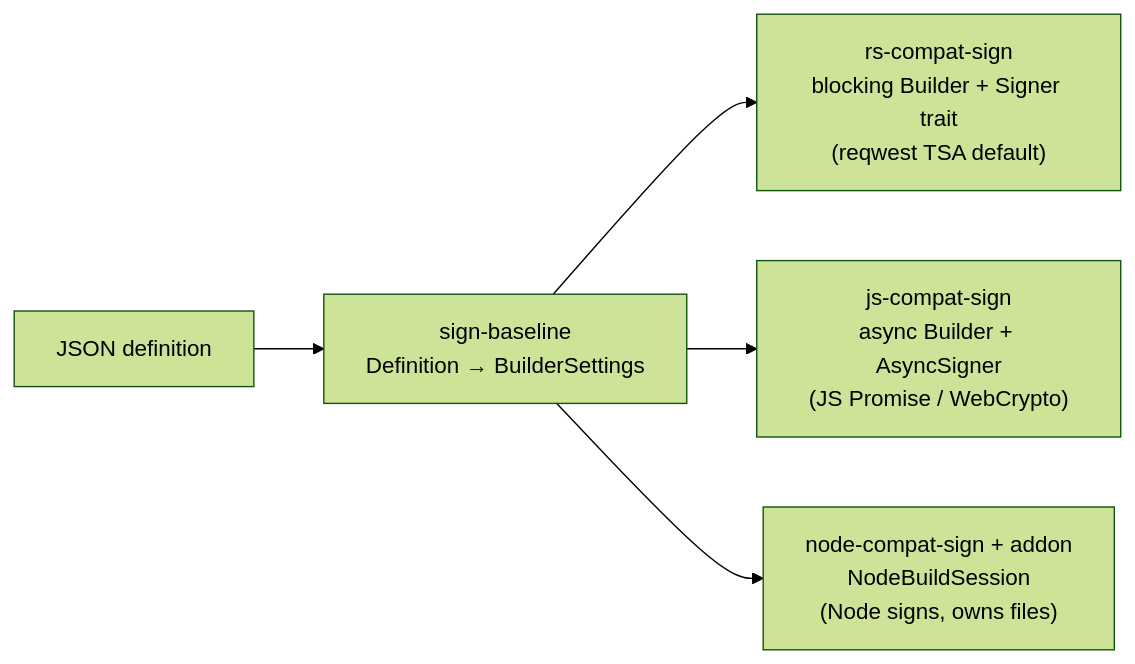
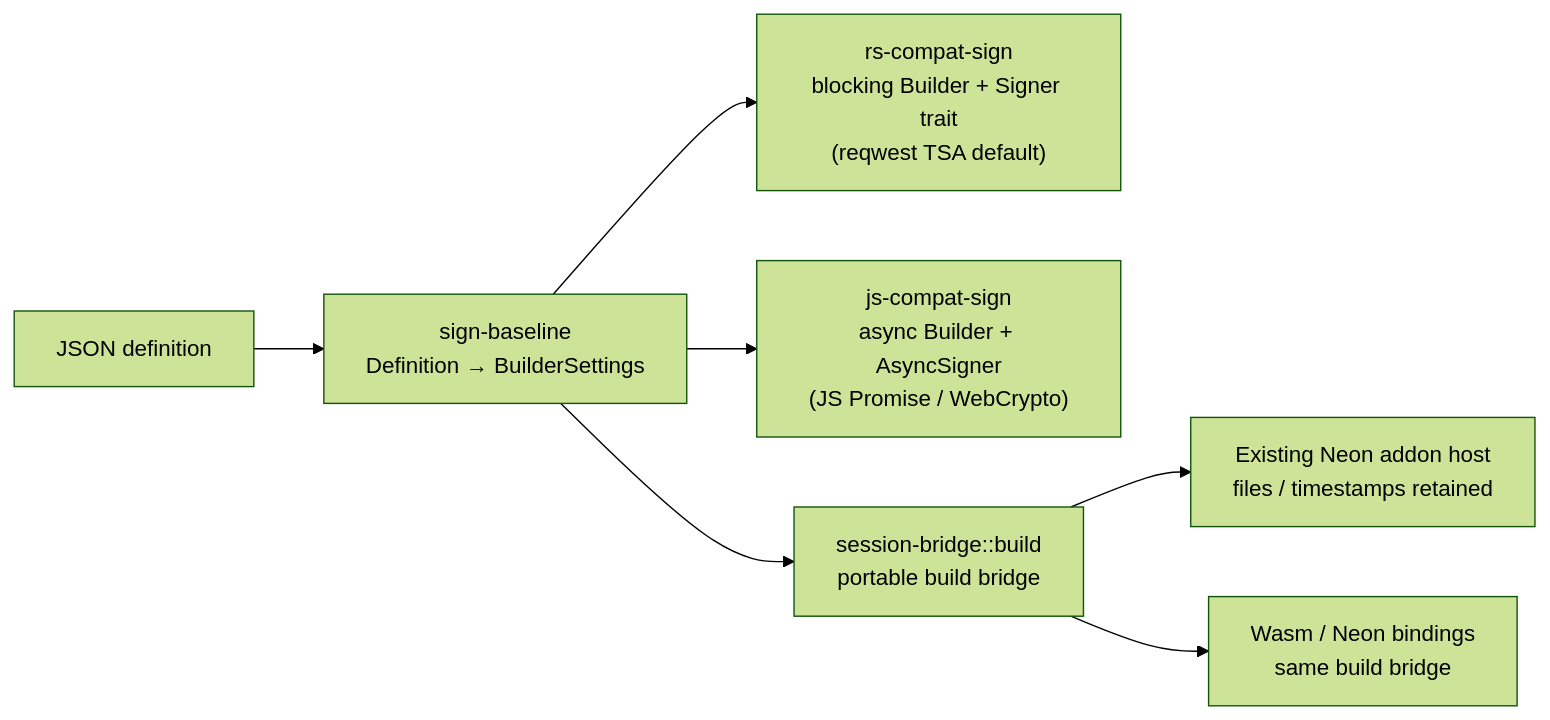
The second of 2 diagrams in docs/walkthrough/06-bindings.md (scouten/state-machine-experiment), drawn with Mermaid (forest theme) before and after one commit. The commit also changed other lines of this file and 9 other files, not shown here.

First line of the commit message:
docs: document the session bridge, Wasm binding and C++ consumer

````diff
--- a/docs/walkthrough/06-bindings.md
+++ b/docs/walkthrough/06-bindings.md
@@ -68,7 +87,9 @@
 ```mermaid
 flowchart LR
     D["JSON definition"] --> SB["sign-baseline<br/>Definition → BuilderSettings"]
     SB --> RS["rs-compat-sign<br/>blocking Builder + Signer trait<br/>(reqwest TSA default)"]
     SB --> JS["js-compat-sign<br/>async Builder + AsyncSigner<br/>(JS Promise / WebCrypto)"]
-    SB --> ND["node-compat-sign + addon<br/>NodeBuildSession<br/>(Node signs, owns files)"]
+    SB --> ND["session-bridge::build<br/>portable build bridge"]
+    ND --> OLD["Existing Neon addon host<br/>files / timestamps retained"]
+    ND --> WP["Wasm / Neon bindings<br/>same build bridge"]
 ```
````
